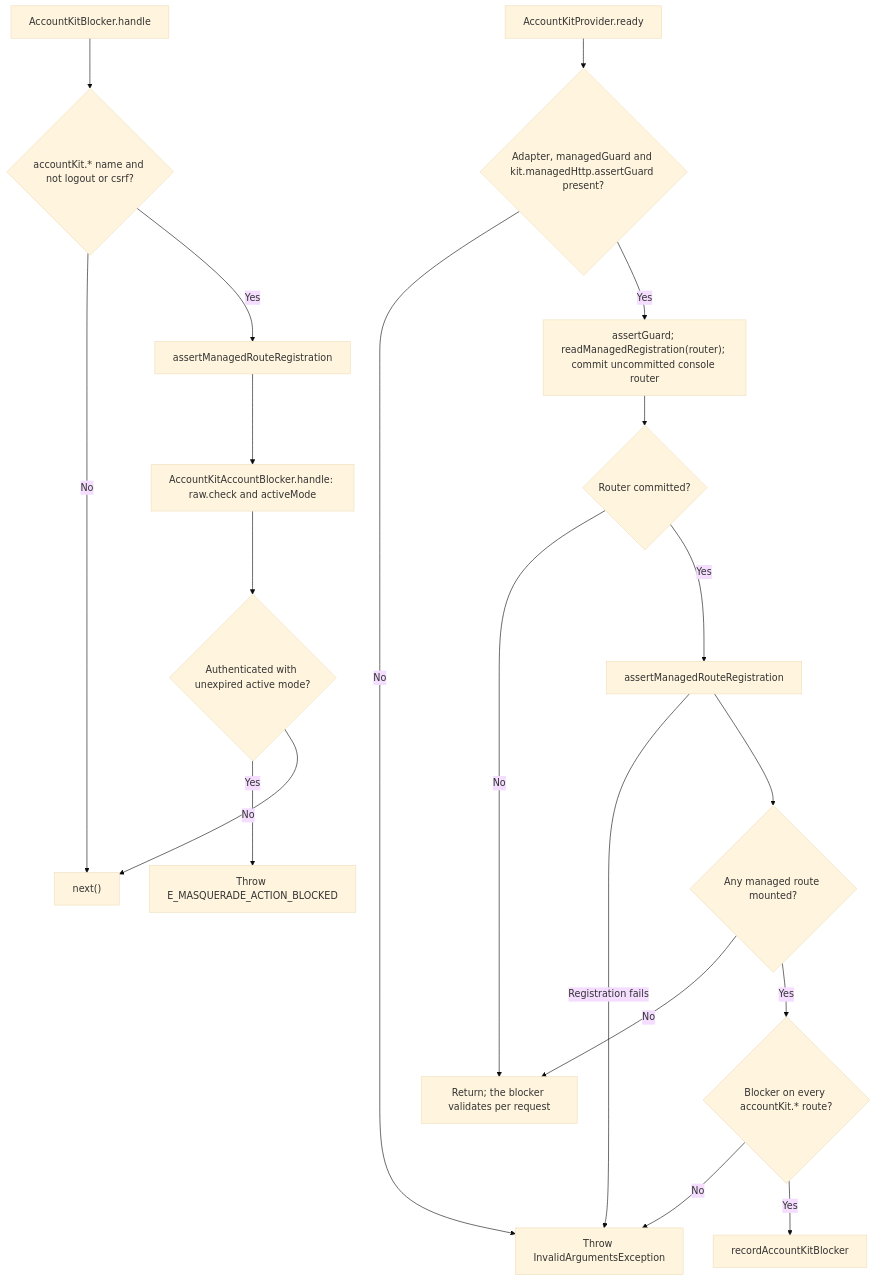
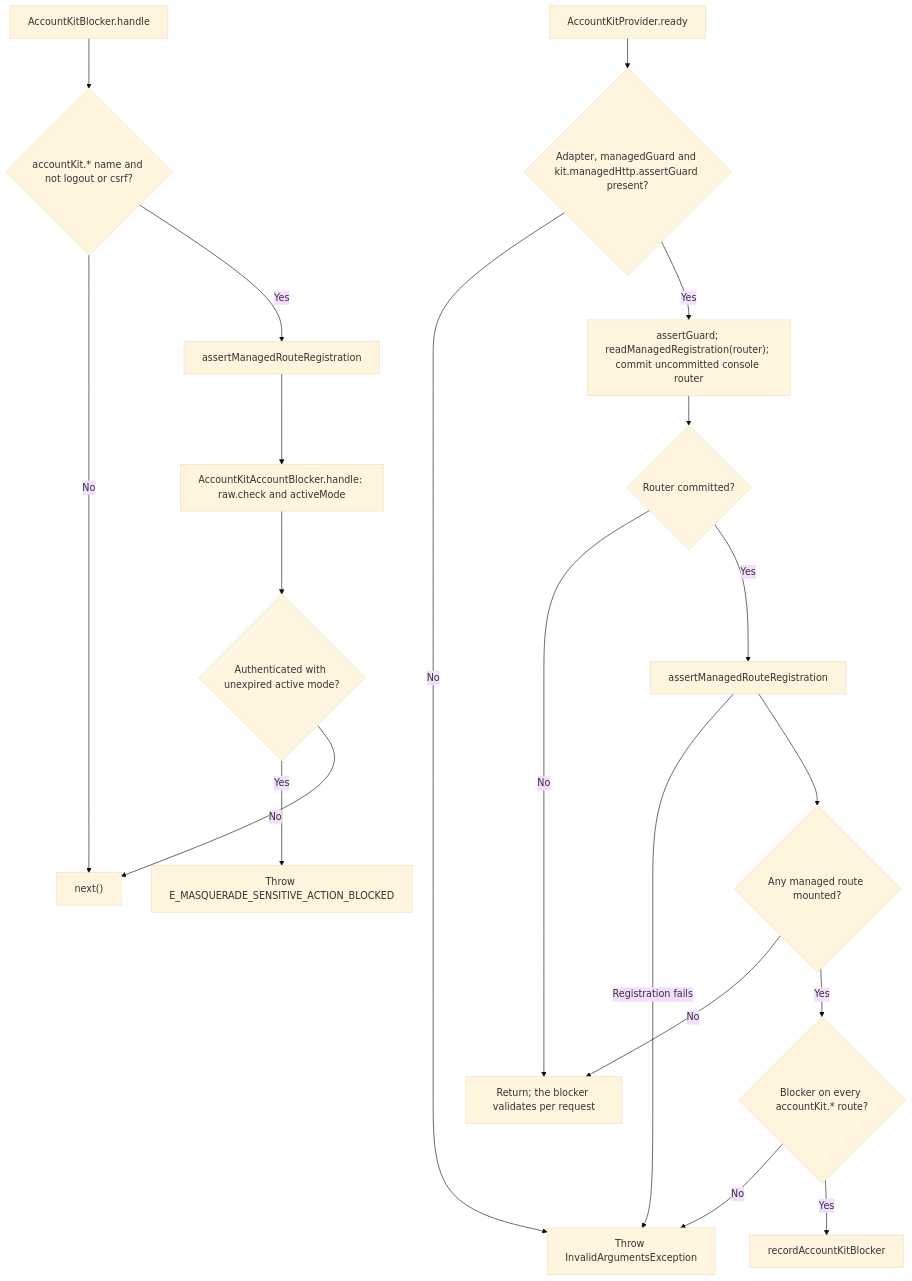
The second of 2 diagrams in user-stories/protect-native-account/us-account-02-install-account-kit-blocker.md (Kevinjohn/oss-adonisjs-masquerade), drawn with Mermaid (base theme) before and after one commit. The commit also changed other lines of this file and 49 other files, not shown here.

````diff
--- a/user-stories/protect-native-account/us-account-02-install-account-kit-blocker.md
+++ b/user-stories/protect-native-account/us-account-02-install-account-kit-blocker.md
@@ -40,22 +40,22 @@
 ```mermaid
 flowchart TD
     A["AccountKitProvider.ready"] --> B{"Adapter, managedGuard and kit.managedHttp.assertGuard present?"}
     B -->|No| C["Throw InvalidArgumentsException"]
     B -->|Yes| D["assertGuard; readManagedRegistration(router); commit uncommitted console router"]
     D --> E{"Router committed?"}
     E -->|No| F["Return; the blocker validates per request"]
     E -->|Yes| G["assertManagedRouteRegistration"]
     G -->|Registration fails| C
     G --> Q{"Any managed route mounted?"}
     Q -->|No| F
     Q -->|Yes| H{"Blocker on every accountKit.* route?"}
     H -->|No| C
     H -->|Yes| I["recordAccountKitBlocker"]
     J["AccountKitBlocker.handle"] --> K{"accountKit.* name and not logout or csrf?"}
     K -->|No| L["next()"]
     K -->|Yes| M["assertManagedRouteRegistration"]
     M --> N["AccountKitAccountBlocker.handle: raw.check and activeMode"]
     N --> O{"Authenticated with unexpired active mode?"}
-    O -->|Yes| P["Throw E_MASQUERADE_ACTION_BLOCKED"]
+    O -->|Yes| P["Throw E_MASQUERADE_SENSITIVE_ACTION_BLOCKED"]
     O -->|No| L
 ```
````
